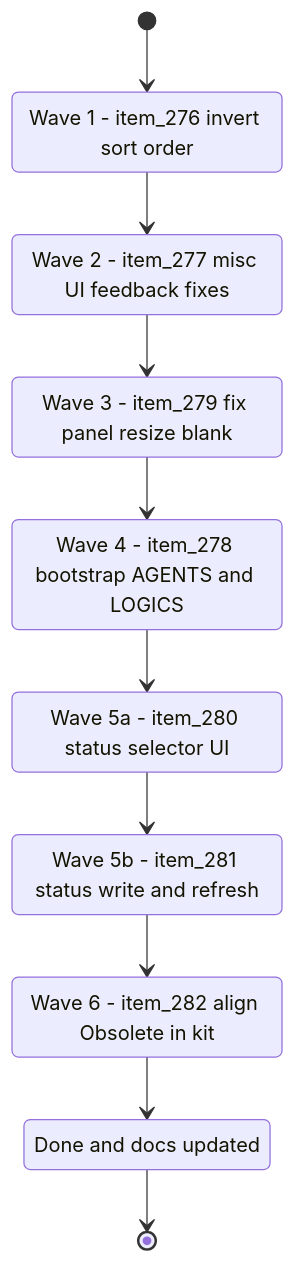
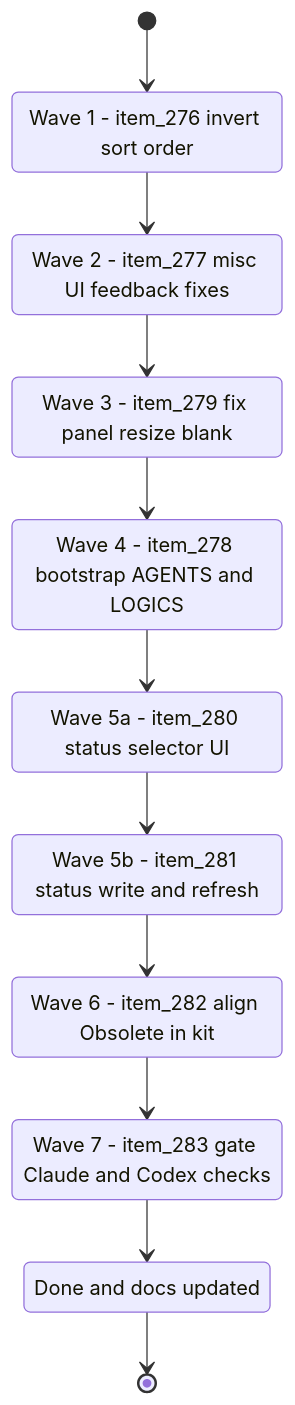
The diagram in logics/tasks/task_126_orchestration_delivery_for_req_150_to_req_154_plugin_polish_and_status_selector.md (AlexAgo83/logics-manager), drawn with Mermaid before and after one commit. The commit also changed other lines of this file and 2 other files, not shown here.

Commit message:
add req_156 and item_283 for gated env checks, integrate into task_126 as wave 7

````diff
--- a/logics/tasks/task_126_orchestration_delivery_for_req_150_to_req_154_plugin_polish_and_status_selector.md
+++ b/logics/tasks/task_126_orchestration_delivery_for_req_150_to_req_154_plugin_polish_and_status_selector.md
@@ -15,22 +15,24 @@
 ```mermaid
 %% logics-kind: task
 %% logics-signature: task|orchestration-delivery-for-req-150-to-re|item-276-invert-default-sort-order-in-bo|wave-1-item-276-invert-default-sort|npm-run-compile
 stateDiagram-v2
     [*] --> Wave1
     Wave1 : Wave 1 - item_276 invert sort order
     Wave1 --> Wave2
     Wave2 : Wave 2 - item_277 misc UI feedback fixes
     Wave2 --> Wave3
     Wave3 : Wave 3 - item_279 fix panel resize blank
     Wave3 --> Wave4
     Wave4 : Wave 4 - item_278 bootstrap AGENTS and LOGICS
     Wave4 --> Wave5
     Wave5 : Wave 5a - item_280 status selector UI
     Wave5 --> Wave6
     Wave6 : Wave 5b - item_281 status write and refresh
     Wave6 --> Wave7
     Wave7 : Wave 6 - item_282 align Obsolete in kit
-    Wave7 --> Done
+    Wave7 --> Wave8
+    Wave8 : Wave 7 - item_283 gate Claude and Codex checks
+    Wave8 --> Done
     Done : Done and docs updated
     Done --> [*]
 ```
````
